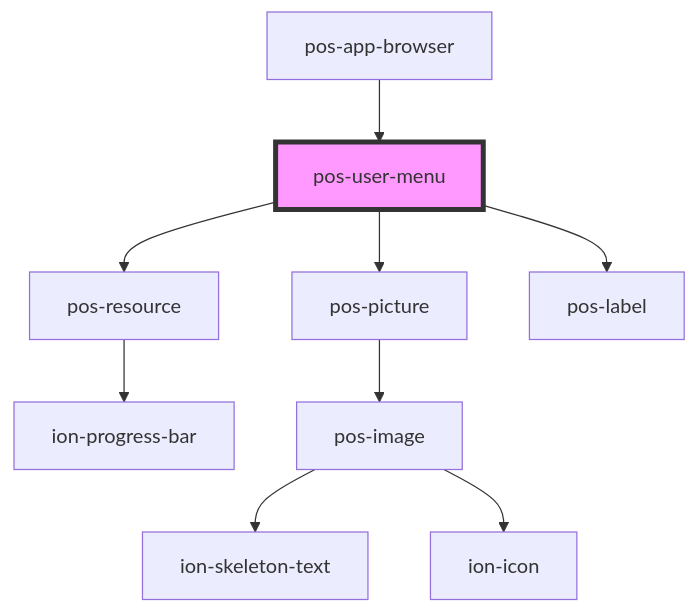
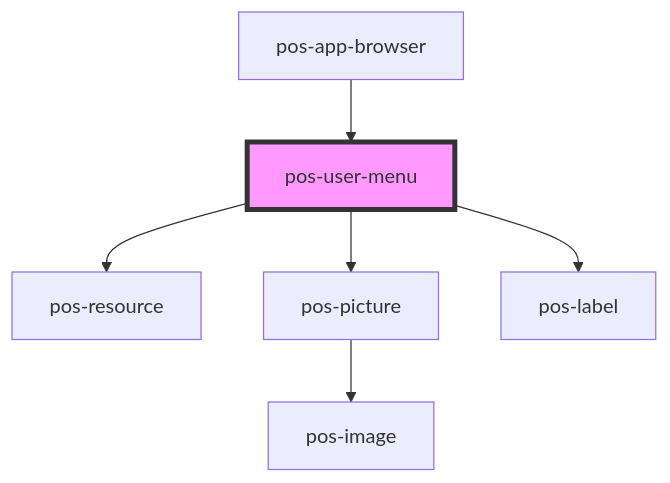
One commit to pod-os/PodOS changed the diagram in docs/elements/components/pos-user-menu/readme.md. Above: the diagram before and after it, drawn with Mermaid. The commit also changed 31 other files, not shown here.

````diff
--- a/docs/elements/components/pos-user-menu/readme.md
+++ b/docs/elements/components/pos-user-menu/readme.md
@@ -34,12 +34,9 @@
 ```mermaid
 graph TD;
   pos-user-menu --> pos-resource
   pos-user-menu --> pos-picture
   pos-user-menu --> pos-label
-  pos-resource --> ion-progress-bar
   pos-picture --> pos-image
-  pos-image --> ion-skeleton-text
-  pos-image --> ion-icon
   pos-app-browser --> pos-user-menu
   style pos-user-menu fill:#f9f,stroke:#333,stroke-width:4px
 ```
````
